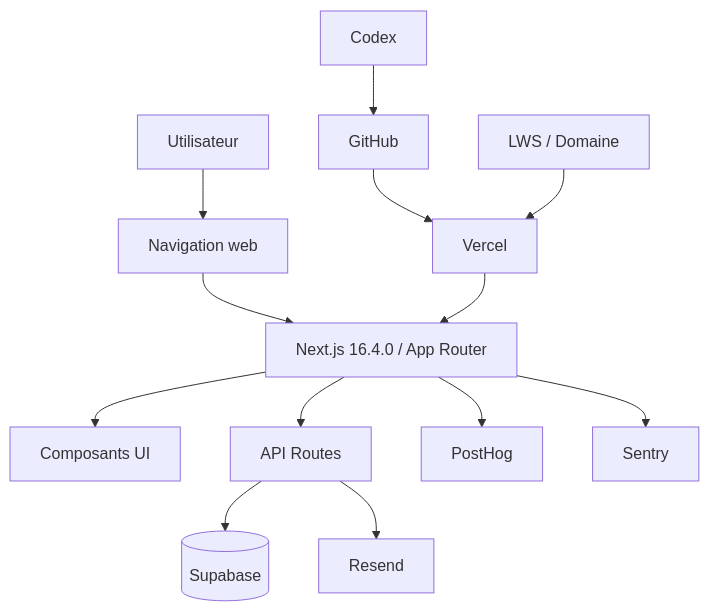
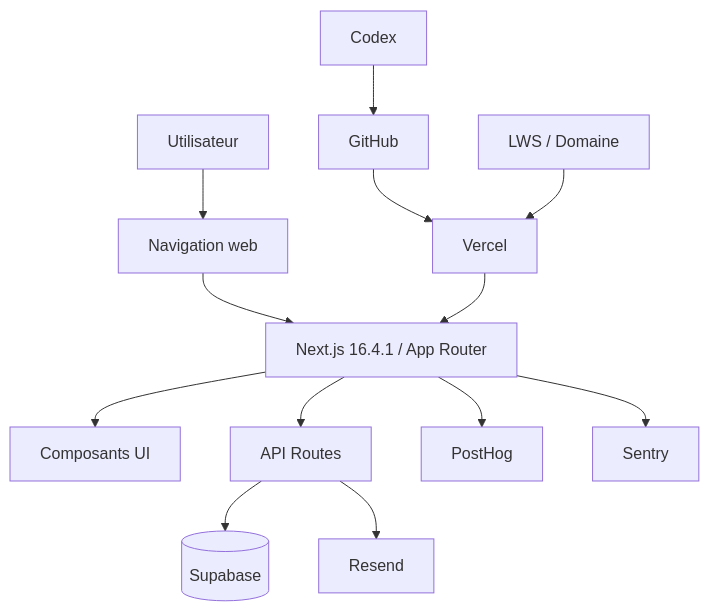
Before and after one commit to maxd4/CleanmyMap: the diagram in documentation/architecture/methodologie-fonctionnement-site.md, drawn with Mermaid. The commit also changed other lines of this file and 3 other files, not shown here.

````diff
--- a/documentation/architecture/methodologie-fonctionnement-site.md
+++ b/documentation/architecture/methodologie-fonctionnement-site.md
@@ -25,17 +25,17 @@
 ```mermaid
 flowchart TD
   U[Utilisateur] --> N[Navigation web]
-  N --> W[Next.js 16.4.0 / App Router]
+  N --> W[Next.js 16.4.1 / App Router]
   W --> C[Composants UI]
   W --> A[API Routes]
 
   A --> S[(Supabase)]
   A --> R[Resend]
   W --> P[PostHog]
   W --> E[Sentry]
 
   G[GitHub] --> V[Vercel]
   Cx[Codex] --> G
   V --> W
   D[LWS / Domaine] --> V
 ```
````
